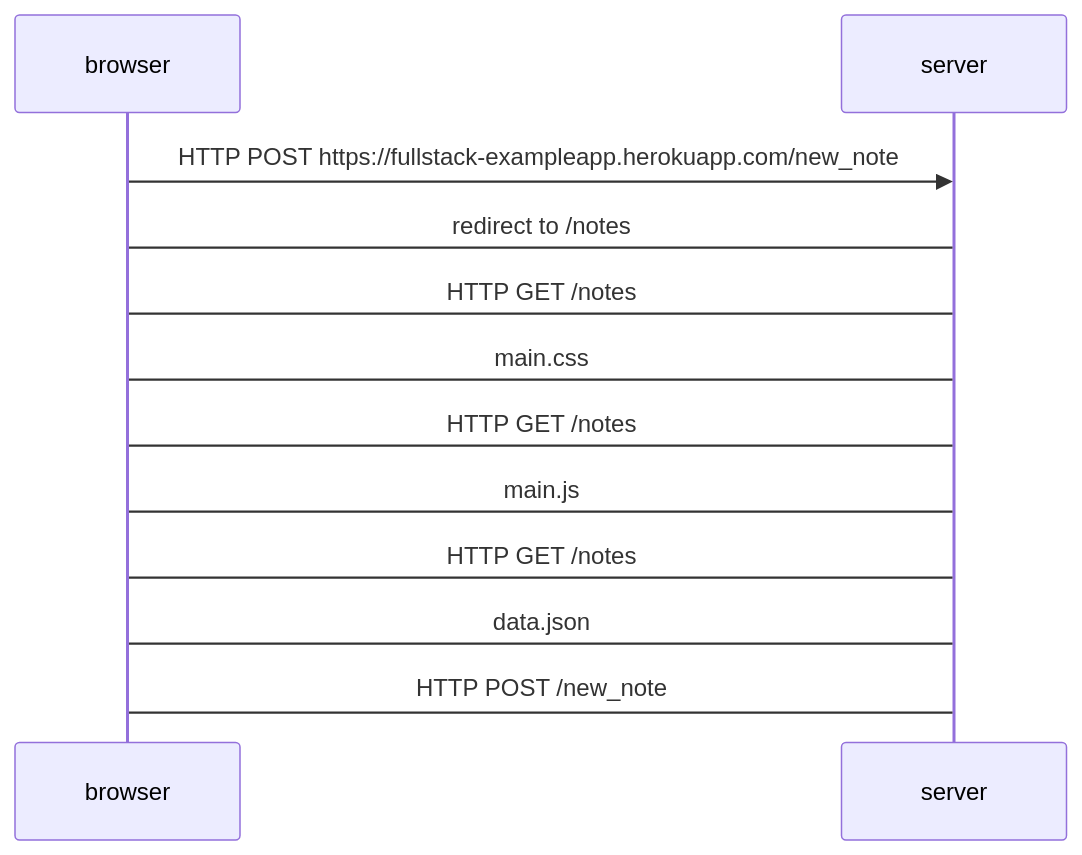
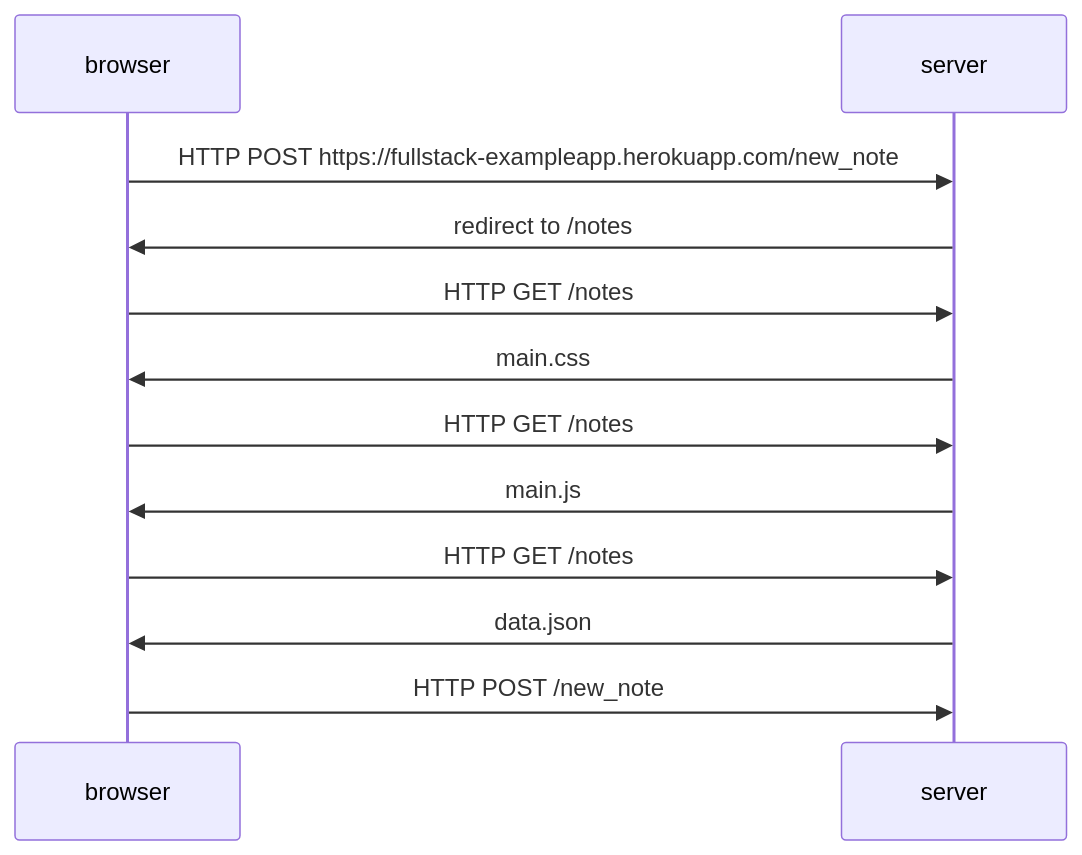
Before and after one commit to satamoanton/Full_stack_palautukset: the diagram in Part_0/0.4_palautus.mmd, drawn with Mermaid. The commit also changed 1 other file, not shown here.

```diff
--- a/Part_0/0.4_palautus.mmd
+++ b/Part_0/0.4_palautus.mmd
@@ -1,15 +1,15 @@
 
 
 sequenceDiagram
     participant browser
     participant server
     
     browser->>server: HTTP POST https://fullstack-exampleapp.herokuapp.com/new_note
-    server->browser:redirect to /notes
-    browser->server: HTTP GET /notes
-    server->browser: main.css
-    browser->server: HTTP GET /notes
-    server->browser: main.js
-    browser->server: HTTP GET /notes
-    server->browser: data.json
-    browser->server: HTTP POST /new_note
+    server->>browser:redirect to /notes
+    browser->>server: HTTP GET /notes
+    server->>browser: main.css
+    browser->>server: HTTP GET /notes
+    server->>browser: main.js
+    browser->>server: HTTP GET /notes
+    server->>browser: data.json
+    browser->>server: HTTP POST /new_note
```
